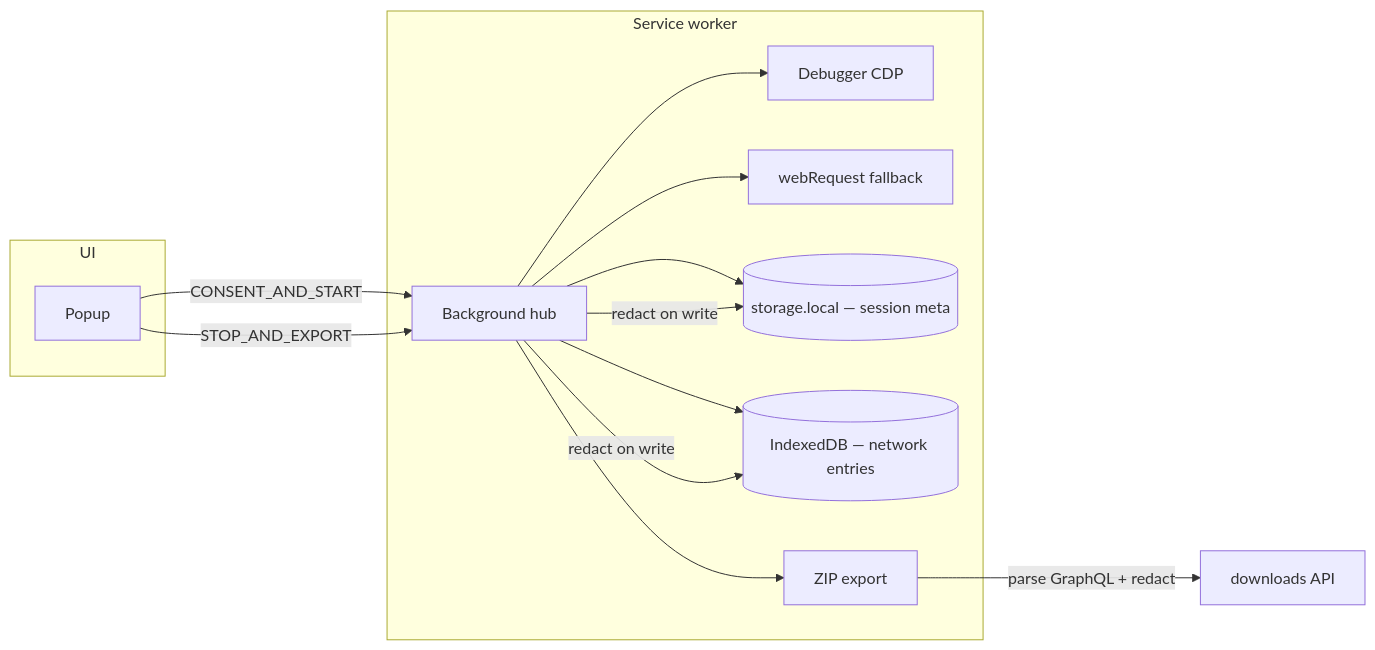
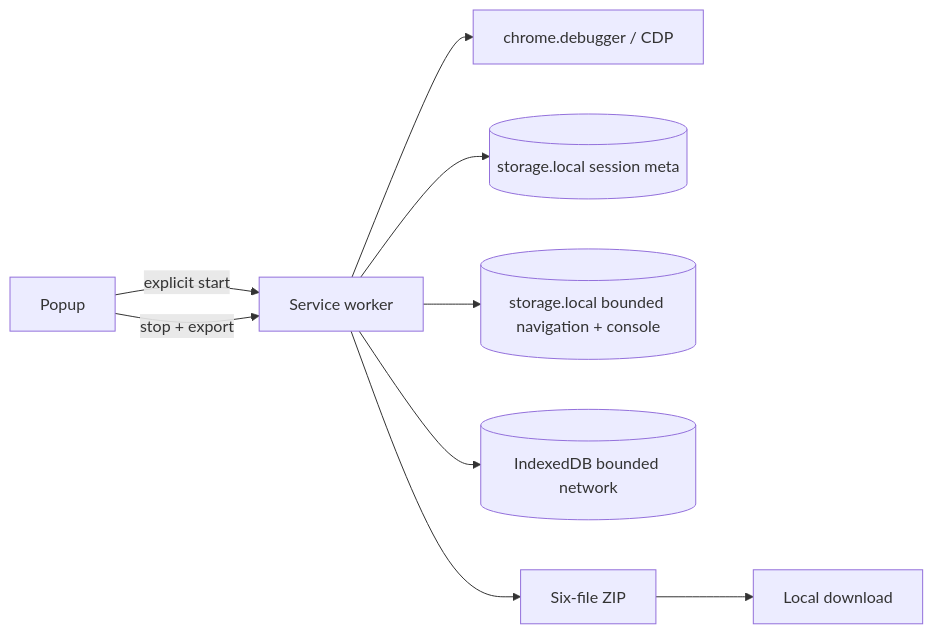
One commit to bryanbeltran/browser-listener changed the diagram in docs/architecture.md. Above: the diagram before and after it, drawn with Mermaid. The commit also changed other lines of this file and 84 other files, not shown here.

````diff
--- a/docs/architecture.md
+++ b/docs/architecture.md
@@ -7,25 +7,11 @@
 ```mermaid
 flowchart LR
-  subgraph ui [UI]
-    Popup[Popup]
-  end
-  subgraph sw [Service worker]
-    BG[Background hub]
-    CDP[Debugger CDP]
-    WR[webRequest fallback]
-    Meta[(storage.local — session meta)]
-    IDB[(IndexedDB — network entries)]
-    Export[ZIP export]
-  end
-
-  Popup -->|CONSENT_AND_START| BG
-  BG --> CDP
-  BG --> WR
-  BG --> Meta
-  BG --> IDB
-  BG -->|redact on write| Meta
-  BG -->|redact on write| IDB
-  Popup -->|STOP_AND_EXPORT| BG
-  BG --> Export
-  Export -->|parse GraphQL + redact| Download[downloads API]
+  Popup[Popup] -->|explicit start| BG[Service worker]
+  BG --> CDP[chrome.debugger / CDP]
+  BG --> Meta[(storage.local session meta)]
+  BG --> Aux[(storage.local bounded navigation + console)]
+  BG --> IDB[(IndexedDB bounded network)]
+  Popup -->|stop + export| BG
+  BG --> Export[Six-file ZIP]
+  Export --> Download[Local download]
 ```
````
